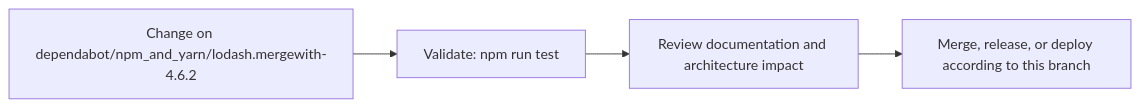
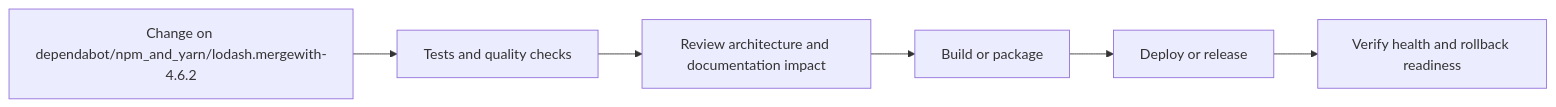
Before and after one commit to Nischhalsubba/rismfp-ui: the fourth of 5 diagrams in README.md, drawn with Mermaid. The commit also changed other lines of this file, not shown here.

````diff
--- a/README.md
+++ b/README.md
@@ -65,8 +135,8 @@
 ```mermaid
 flowchart LR
-    CHANGE["Change on dependabot/npm_and_yarn/lodash.mergewith-4.6.2"]
-    CHECK["Validate: npm run test"]
-    REVIEW["Review documentation and architecture impact"]
-    RELEASE["Merge, release, or deploy according to this branch"]
-    CHANGE --> CHECK --> REVIEW --> RELEASE
+    CHANGE["Change on dependabot/npm_and_yarn/lodash.mergewith-4.6.2"] --> CHECK["Tests and quality checks"]
+    CHECK --> REVIEW["Review architecture and documentation impact"]
+    REVIEW --> BUILD["Build or package"]
+    BUILD --> DEPLOY["Deploy or release"]
+    DEPLOY --> VERIFY["Verify health and rollback readiness"]
 ```
````
